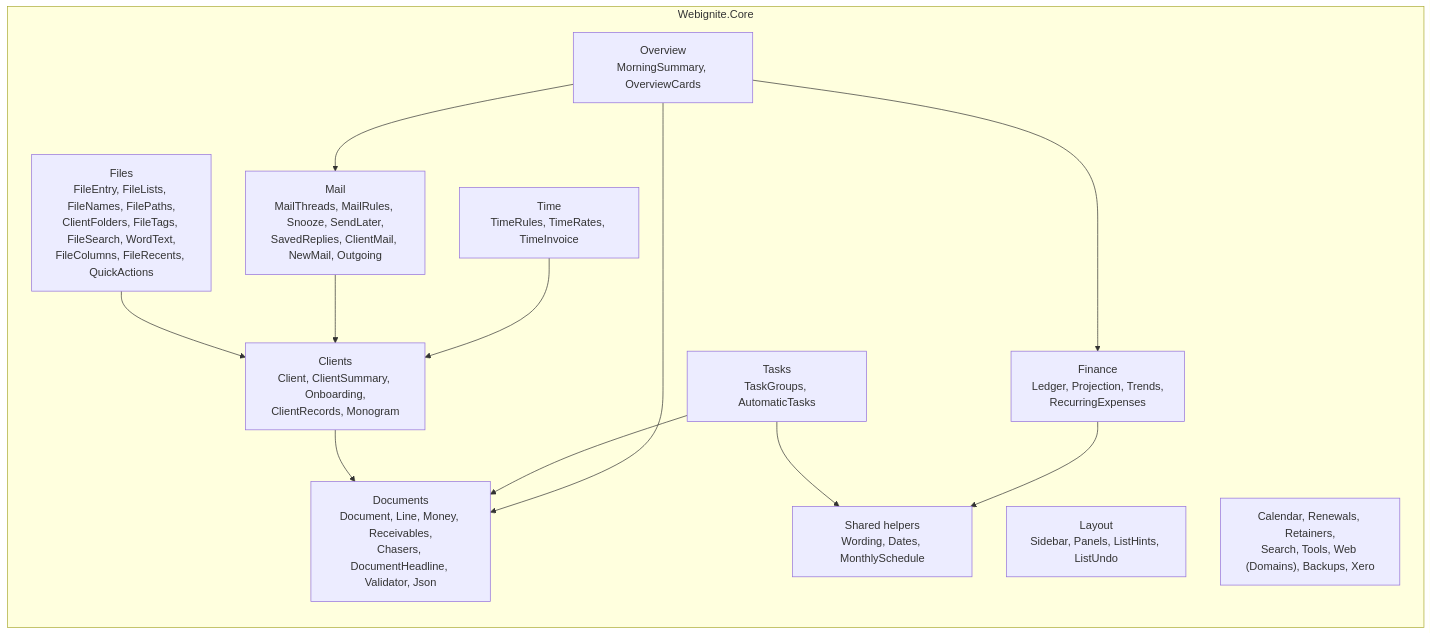
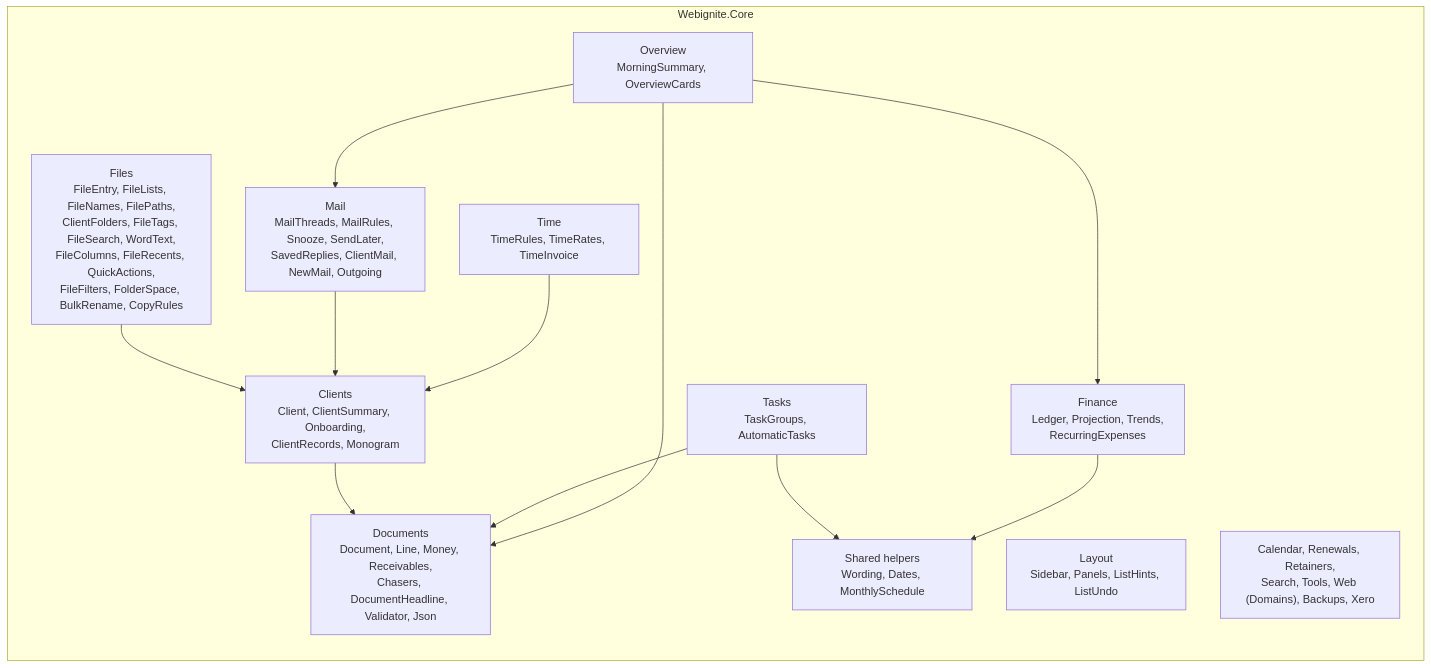
Before and after one commit to EdWebIgnite/Webignite-Desktop: the fourth of 9 diagrams in docs/architecture.md, drawn with Mermaid. The commit also changed other lines of this file and 13 other files, not shown here.

````diff
--- a/docs/architecture.md
+++ b/docs/architecture.md
@@ -114,26 +114,26 @@
 ```mermaid
 flowchart LR
     subgraph core["Webignite.Core"]
         documents["Documents<br/>Document, Line, Money, Receivables,<br/>Chasers, DocumentHeadline, Validator, Json"]
         clients["Clients<br/>Client, ClientSummary, Onboarding,<br/>ClientRecords, Monogram"]
         mailc["Mail<br/>MailThreads, MailRules, Snooze, SendLater,<br/>SavedReplies, ClientMail, NewMail, Outgoing"]
         finance["Finance<br/>Ledger, Projection, Trends,<br/>RecurringExpenses"]
         time["Time<br/>TimeRules, TimeRates, TimeInvoice"]
         tasks["Tasks<br/>TaskGroups, AutomaticTasks"]
         overview["Overview<br/>MorningSummary, OverviewCards"]
         layout["Layout<br/>Sidebar, Panels, ListHints, ListUndo"]
         shared["Shared helpers<br/>Wording, Dates, MonthlySchedule"]
-        files["Files<br/>FileEntry, FileLists, FileNames, FilePaths,<br/>ClientFolders, FileTags, FileSearch, WordText,<br/>FileColumns, FileRecents, QuickActions"]
+        files["Files<br/>FileEntry, FileLists, FileNames, FilePaths,<br/>ClientFolders, FileTags, FileSearch, WordText,<br/>FileColumns, FileRecents, QuickActions,<br/>FileFilters, FolderSpace, BulkRename, CopyRules"]
         other["Calendar, Renewals, Retainers,<br/>Search, Tools, Web (Domains), Backups, Xero"]
     end
     overview --> documents
     overview --> finance
     overview --> mailc
     tasks --> documents
     clients --> documents
     time --> clients
     mailc --> clients
     files --> clients
     finance --> shared
     tasks --> shared
 ```
````
